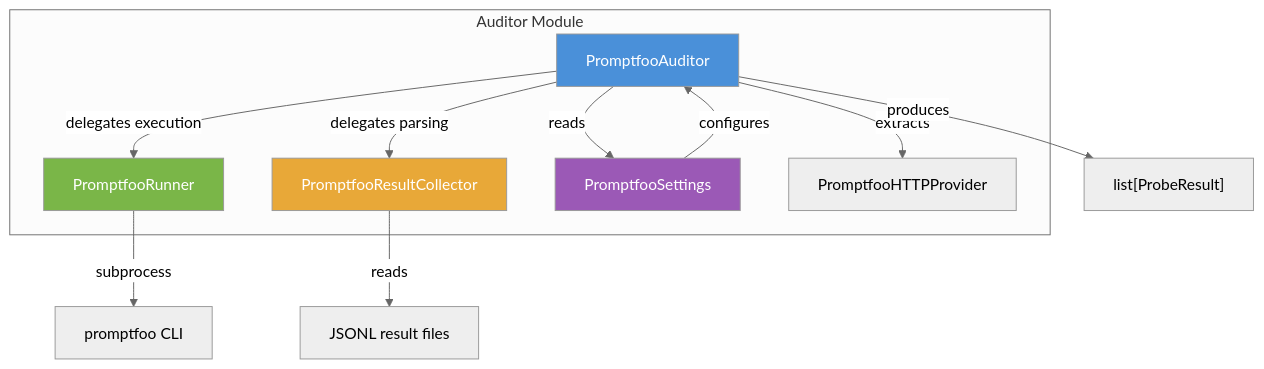
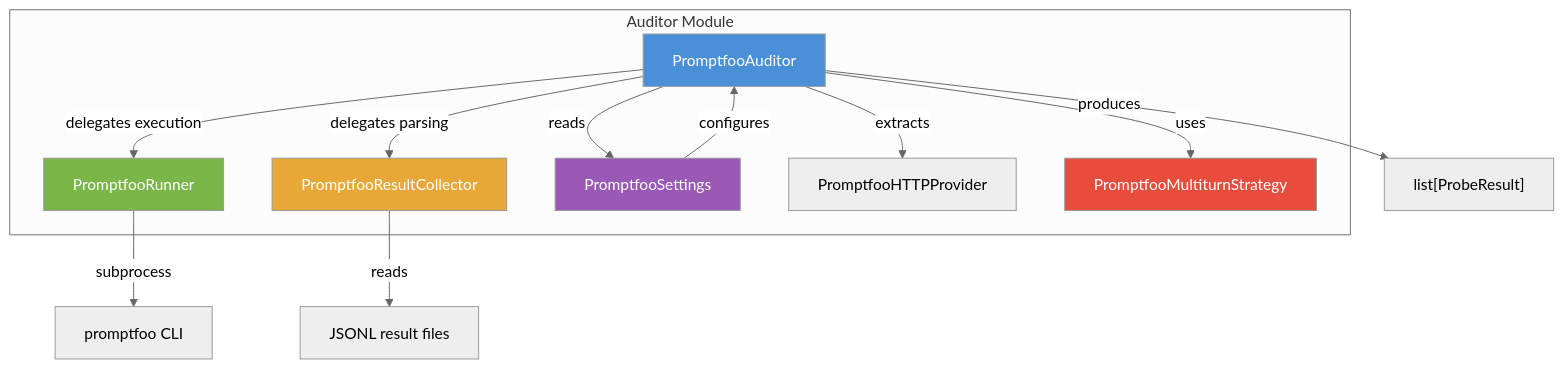
One commit to tekdatum/pen-tester-cli changed the first of 5 diagrams in docs/promptfoo.md. Above: the diagram before and after it, drawn with Mermaid (neutral theme). The commit also changed other lines of this file, not shown here.

Commit message:
updating promptfoo md

````diff
--- a/docs/promptfoo.md
+++ b/docs/promptfoo.md
@@ -19,19 +20,21 @@
 ```mermaid
 graph TB
     subgraph Auditor Module
         A[PromptfooAuditor] -->|delegates execution| B[PromptfooRunner]
         A -->|delegates parsing| C[PromptfooResultCollector]
         A -->|reads| D[PromptfooSettings]
         A -->|extracts| E[PromptfooHTTPProvider]
+        A -->|uses| F[PromptfooMultiturnStrategy]
     end
 
-    B -->|subprocess| F["promptfoo CLI"]
-    C -->|reads| G["JSONL result files"]
-    A -->|produces| H["list[ProbeResult]"]
+    B -->|subprocess| G["promptfoo CLI"]
+    C -->|reads| H["JSONL result files"]
+    A -->|produces| I["list[ProbeResult]"]
     D -->|configures| A
 
     style A fill:#4a90d9,color:#fff
     style B fill:#7ab648,color:#fff
     style C fill:#e8a838,color:#fff
     style D fill:#9b59b6,color:#fff
+    style F fill:#e74c3c,color:#fff
 ```
````
